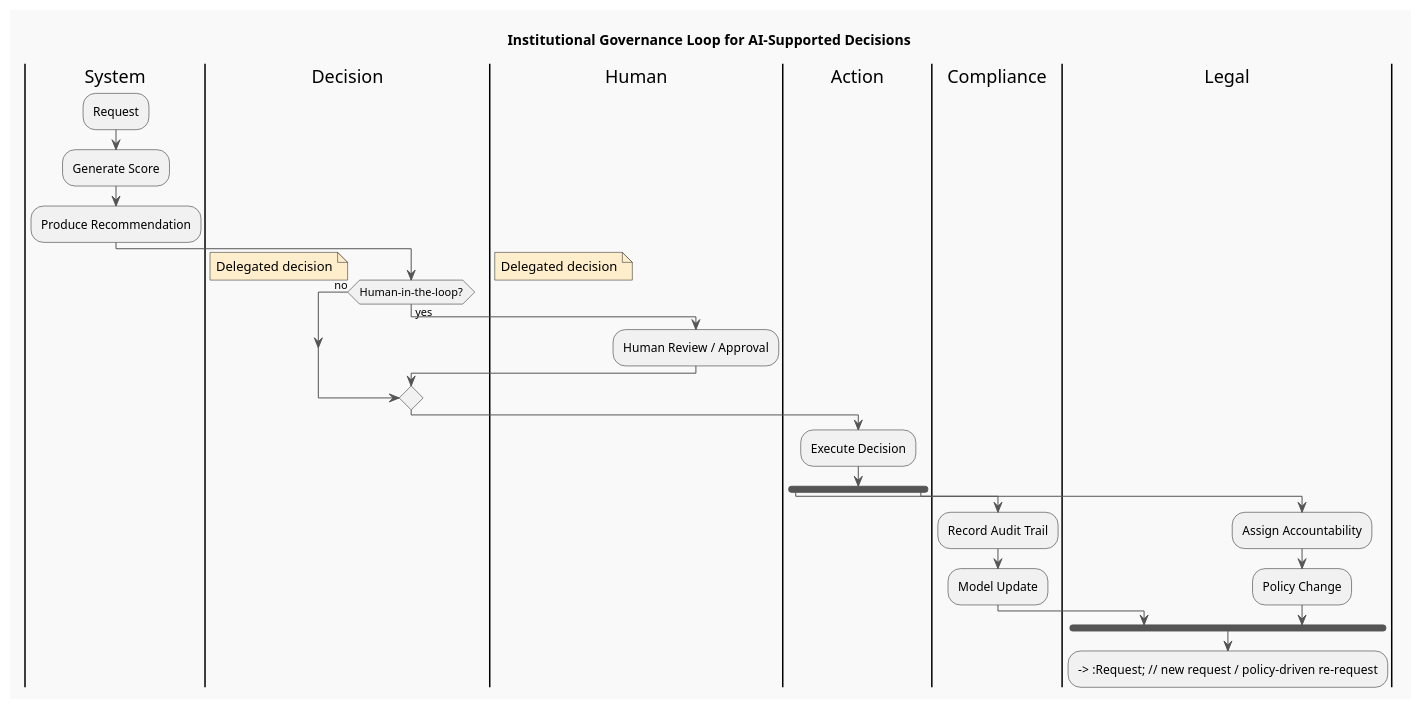
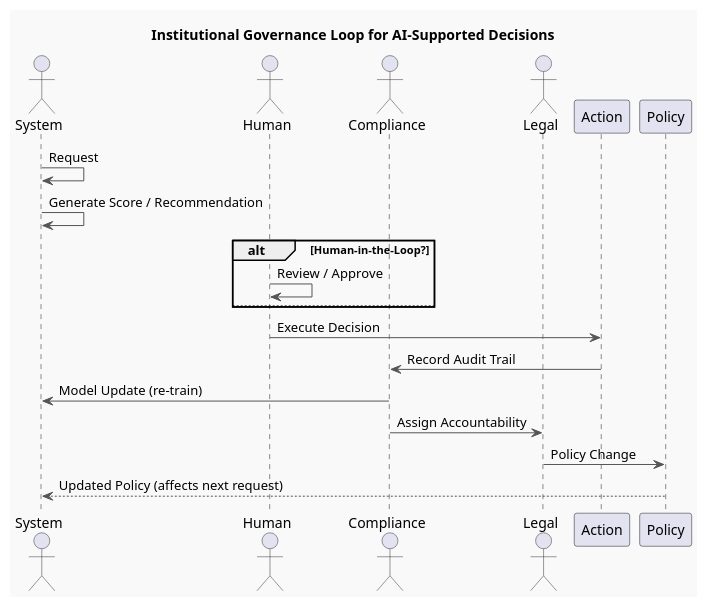
Before and after one commit to InquiryInstitute/AIPA: the diagram in aipa/llm-elevated/ch01-lecture-07.adoc, drawn with PlantUML. The commit also changed other lines of this file and 128 other files, not shown here.

```diff
--- a/aipa/llm-elevated/ch01-lecture-07.adoc
+++ b/aipa/llm-elevated/ch01-lecture-07.adoc
@@ -85,37 +93,33 @@
 [plantuml,ch01-l07,png,theme=sketchy-outline]
 ....
 @startuml
 title Institutional Governance Loop for AI‑Supported Decisions
 skinparam backgroundColor #F9F9F9
 skinparam ArrowColor #555555
 skinparam NoteBackgroundColor #FFEECC
+skinparam ActorBorderColor #333333
 
-|System|
-:Request;
-:Generate Score;
-:Produce Recommendation;
+actor System
+actor Human
+actor Compliance
+actor Legal
 
-|Decision|
-if (Human‑in‑the‑loop?) then (yes)
-  |Human|
-  :Human Review / Approval;
-else (no)
-  note right: Delegated decision
-endif
+System -> System : Request
+System -> System : Generate Score / Recommendation
 
-|Action|
-:Execute Decision;
+alt Human‑in‑the‑Loop?
+    Human -> Human : Review / Approve
+else
+    note right: Delegated decision
+end
 
-fork
-  |Compliance|
-  :Record Audit Trail;
-  :Model Update;
-fork again
-  |Legal|
-  :Assign Accountability;
-  :Policy Change;
-end fork
+Human -> Action : Execute Decision
 
---> :Request;  // new request / policy‑driven re‑request
+Action -> Compliance : Record Audit Trail
+Compliance -> System : Model Update (re‑train)
+Compliance -> Legal : Assign Accountability
+Legal -> Policy : Policy Change
+Policy --> System : Updated Policy (affects next request)
+
 @enduml
 ....
```
